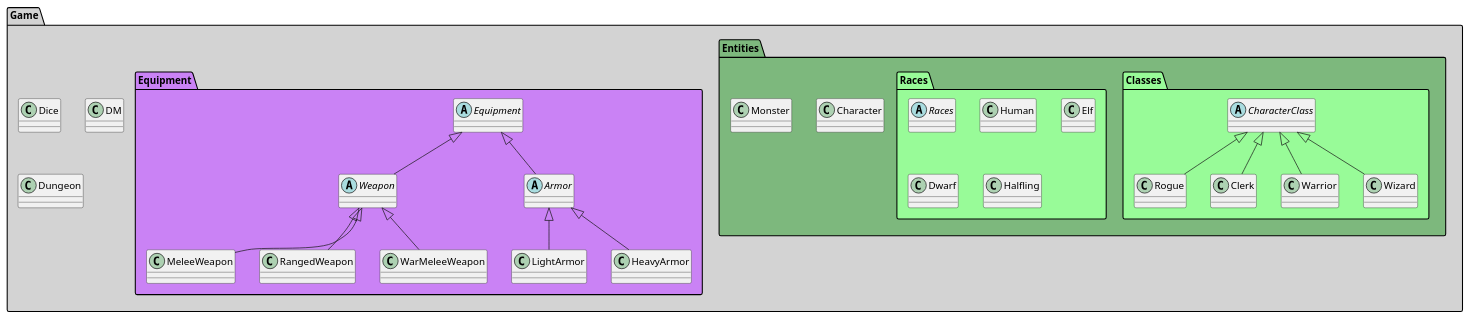
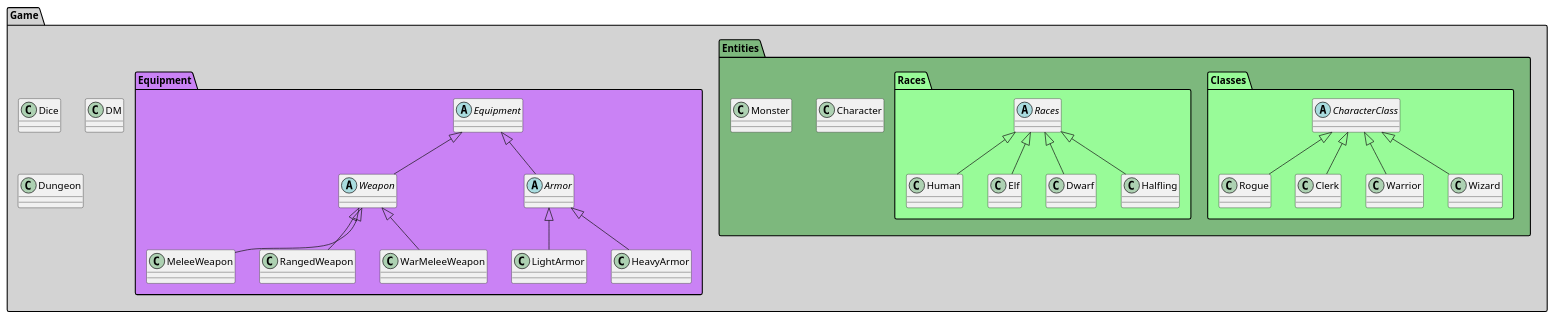
One commit to Onefrenchboi/DOOjons-Et-Dragons changed the diagram in uml/Week1.puml. Above: the diagram before and after it, drawn with PlantUML.

Commit message:
Minor mistake in puml (forgot inheritance for races)

```diff
--- a/uml/Week1.puml
+++ b/uml/Week1.puml
@@ -1,41 +1,41 @@
 @startuml
 
 package "Game" #lightgrey {
   class Dice
   class DM
   class Dungeon
   package Entities #7db87d{
     package Classes #palegreen{
         abstract class CharacterClass
         class Rogue extends CharacterClass
         class Clerk extends CharacterClass
         class Warrior extends CharacterClass
         class Wizard extends CharacterClass
     }
     package Races #palegreen{
         abstract class Races
-        class Human
-        class Elf
-        class Dwarf
-        class Halfling
+        class Human extends Races
+        class Elf extends Races
+        class Dwarf extends Races
+        class Halfling extends Races
     }
     class Character
     class Monster
   }
   package Equipment #ca82f5{
     abstract class Equipment
     abstract class Weapon extends Equipment
     abstract class Armor extends Equipment
     class MeleeWeapon extends Weapon
     class RangedWeapon extends Weapon
     class WarMeleeWeapon extends Weapon
     class LightArmor extends Armor
     class HeavyArmor extends Armor
 
 
 
 
   }
  }
 
 @enduml
```
